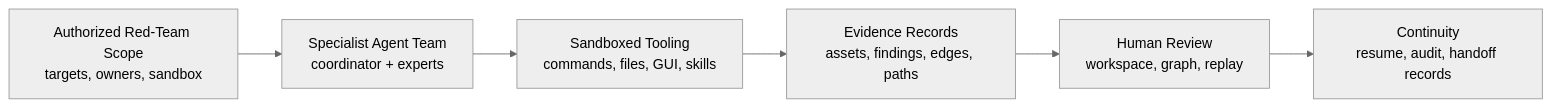
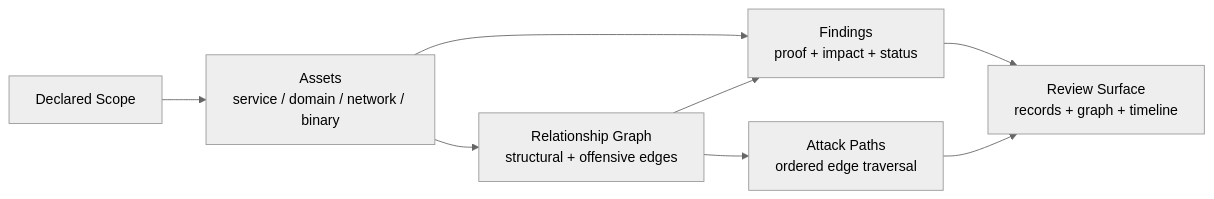
Before and after one commit to MolTau9527/Z3r0: the third of 4 diagrams in README.md, drawn with Mermaid (neutral theme). The commit also changed other lines of this file and 38 other files, not shown here.

````diff
--- a/README.md
+++ b/README.md
@@ -87,8 +140,17 @@
 ```mermaid
 flowchart LR
-  Scope["Authorized Red-Team Scope<br/>targets, owners, sandbox"] --> Agents["Specialist Agent Team<br/>coordinator + experts"]
-  Agents --> Tools["Sandboxed Tooling<br/>commands, files, GUI, skills"]
-  Tools --> Evidence["Evidence Records<br/>assets, findings, edges, paths"]
-  Evidence --> Review["Human Review<br/>workspace, graph, replay"]
-  Review --> Continuity["Continuity<br/>resume, audit, handoff records"]
+  Scope["Declared Scope"]
+  Assets["Assets<br/>service / domain / network / binary"]
+  Edges["Relationship Graph<br/>structural + offensive edges"]
+  Findings["Findings<br/>proof + impact + status"]
+  Paths["Attack Paths<br/>ordered edge traversal"]
+  Review["Review Surface<br/>records + graph + timeline"]
+
+  Scope --> Assets
+  Assets --> Edges
+  Assets --> Findings
+  Edges --> Findings
+  Edges --> Paths
+  Findings --> Review
+  Paths --> Review
 ```
````
